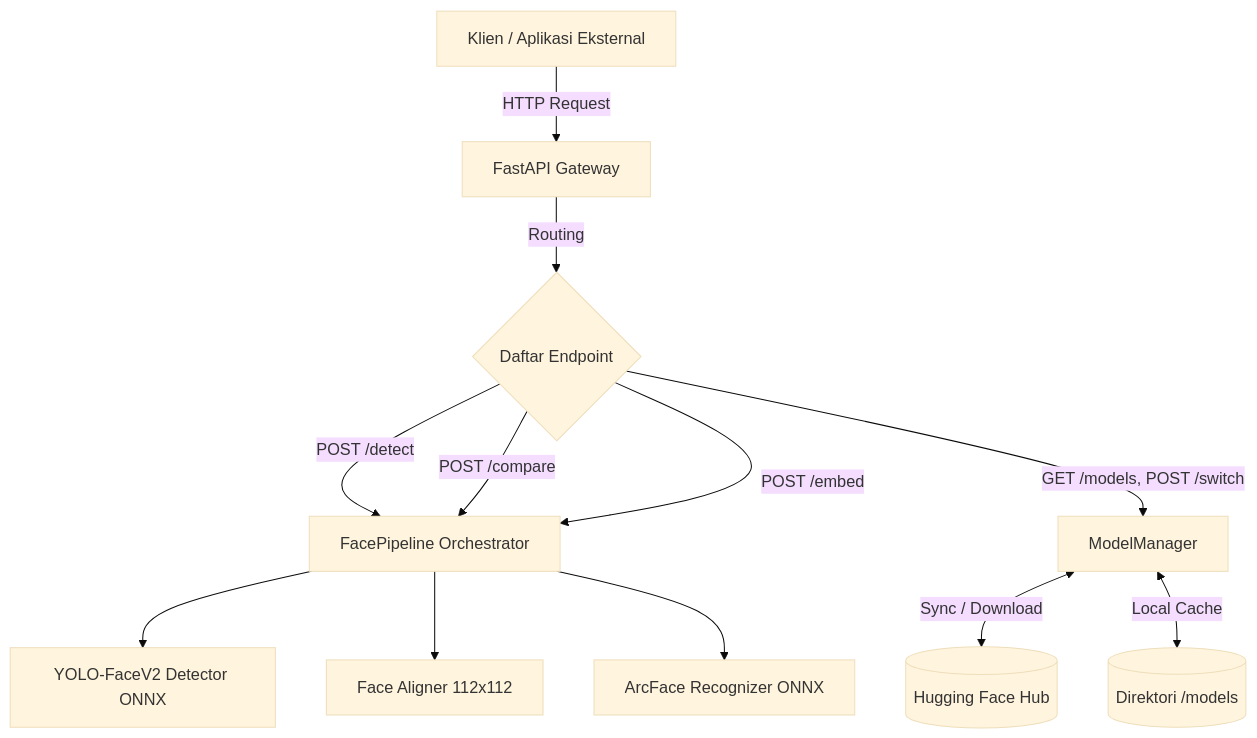
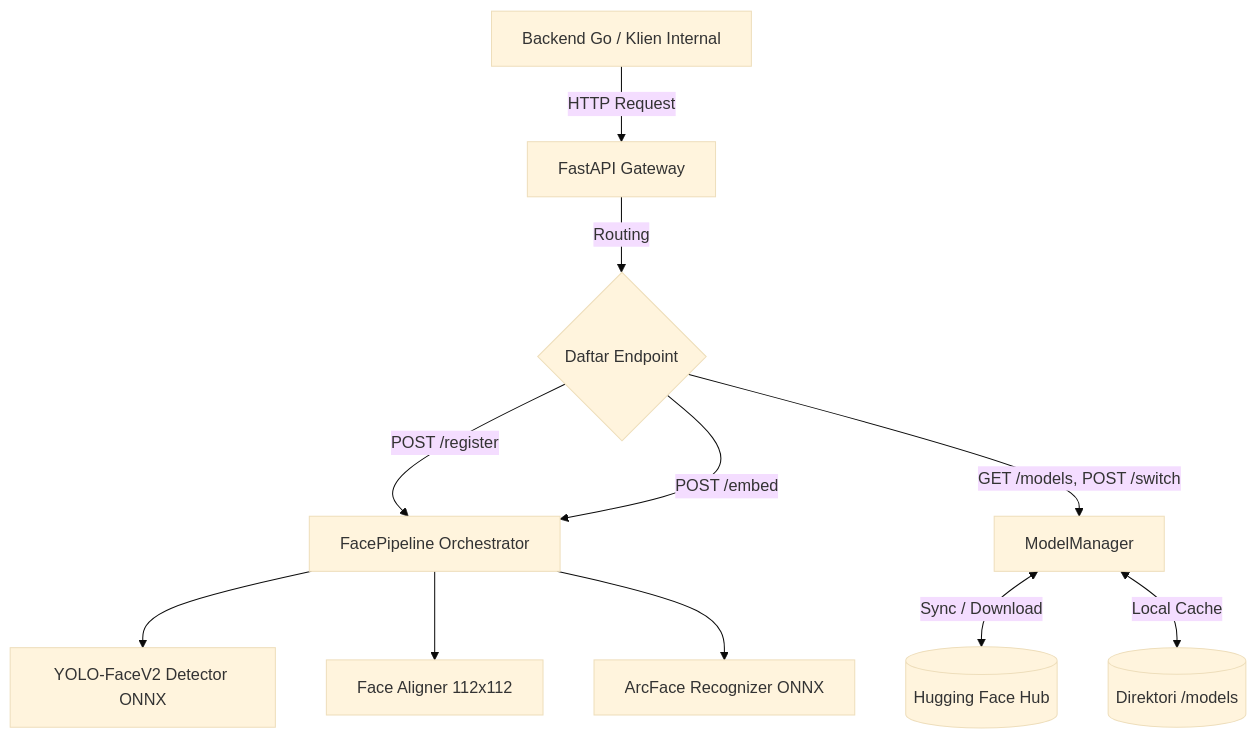
Before and after one commit to AkihikoSaburo/methics: the first of 4 diagrams in services/face/penjelasan.md, drawn with Mermaid (base theme). The commit also changed other lines of this file and 33 other files, not shown here.

````diff
--- a/services/face/penjelasan.md
+++ b/services/face/penjelasan.md
@@ -14,17 +14,16 @@
 ```mermaid
 graph TD
-    Client[Klien / Aplikasi Eksternal] -->|HTTP Request| API[FastAPI Gateway]
+    Client[Backend Go / Klien Internal] -->|HTTP Request| API[FastAPI Gateway]
     API -->|Routing| Endpoints{Daftar Endpoint}
     
-    Endpoints -->|POST /detect| Pipe[FacePipeline Orchestrator]
-    Endpoints -->|POST /compare| Pipe
+    Endpoints -->|POST /register| Pipe[FacePipeline Orchestrator]
     Endpoints -->|POST /embed| Pipe
     Endpoints -->|GET /models, POST /switch| MM[ModelManager]
     
     Pipe --> Det[YOLO-FaceV2 Detector ONNX]
     Pipe --> Align[Face Aligner 112x112]
     Pipe --> Rec[ArcFace Recognizer ONNX]
     
     MM <-->|Sync / Download| HF[(Hugging Face Hub)]
     MM <-->|Local Cache| LocalStorage[(Direktori /models)]
 ```
````
